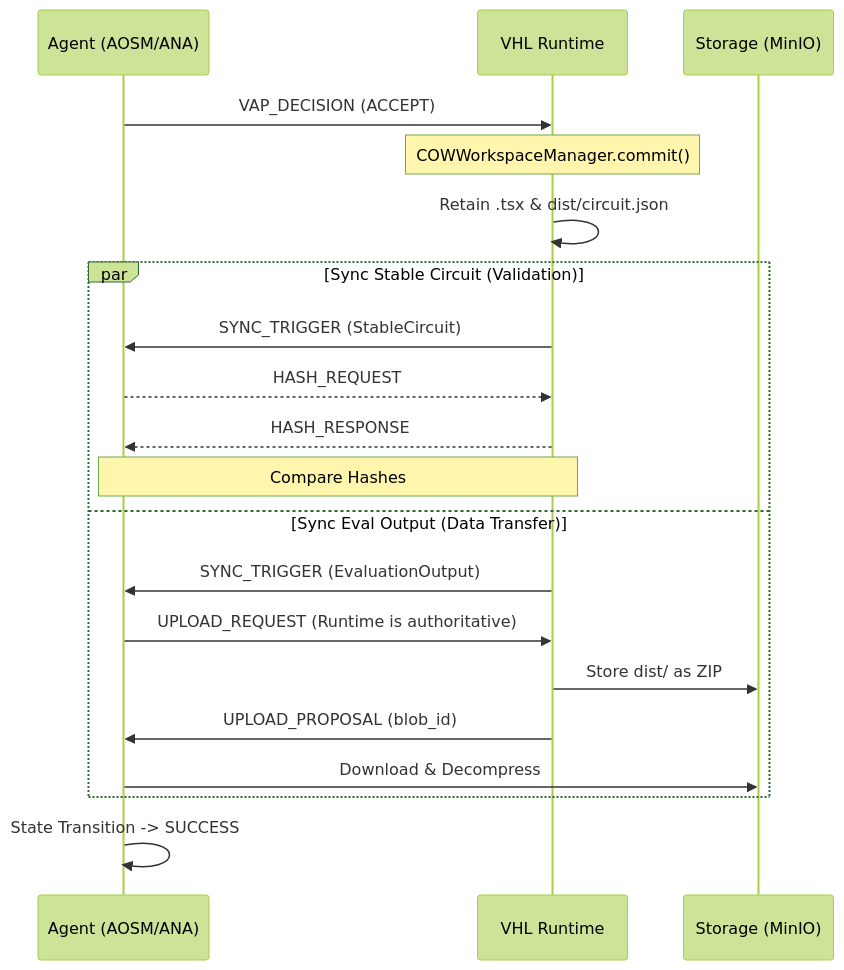
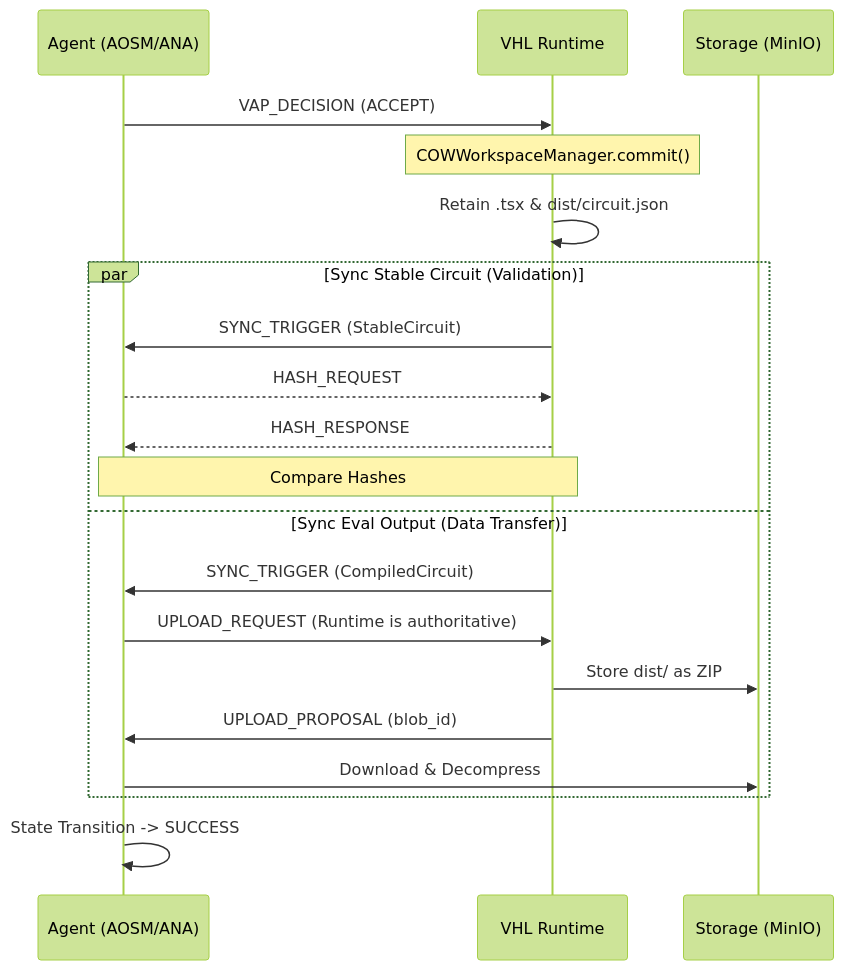
Before and after one commit to vivekvjnk/VHL: the diagram in docs/SyncArchitectureAnalysis.md, drawn with Mermaid (forest theme). The commit also changed other lines of this file and 120 other files, not shown here.

````diff
--- a/docs/SyncArchitectureAnalysis.md
+++ b/docs/SyncArchitectureAnalysis.md
@@ -53,25 +53,25 @@
 ```mermaid
 sequenceDiagram
     participant A as Agent (AOSM/ANA)
     participant R as VHL Runtime
     participant S as Storage (MinIO)
 
     A->>R: VAP_DECISION (ACCEPT)
     Note over R: COWWorkspaceManager.commit()
     R->>R: Retain .tsx & dist/circuit.json
     
     par Sync Stable Circuit (Validation)
         R->>A: SYNC_TRIGGER (StableCircuit)
         A-->>R: HASH_REQUEST
         R-->>A: HASH_RESPONSE
         Note over A,R: Compare Hashes
     and Sync Eval Output (Data Transfer)
-        R->>A: SYNC_TRIGGER (EvaluationOutput)
+        R->>A: SYNC_TRIGGER (CompiledCircuit)
         A->>R: UPLOAD_REQUEST (Runtime is authoritative)
         R->>S: Store dist/ as ZIP
         R->>A: UPLOAD_PROPOSAL (blob_id)
         A->>S: Download & Decompress
     end
     
     A->>A: State Transition -> SUCCESS
 ```
````
